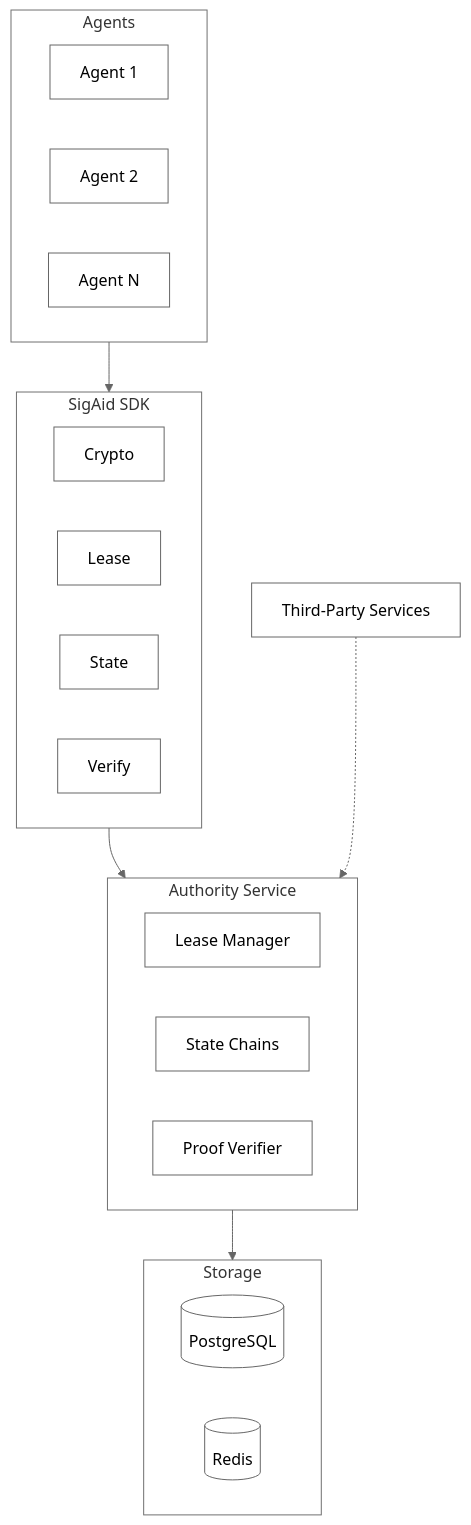
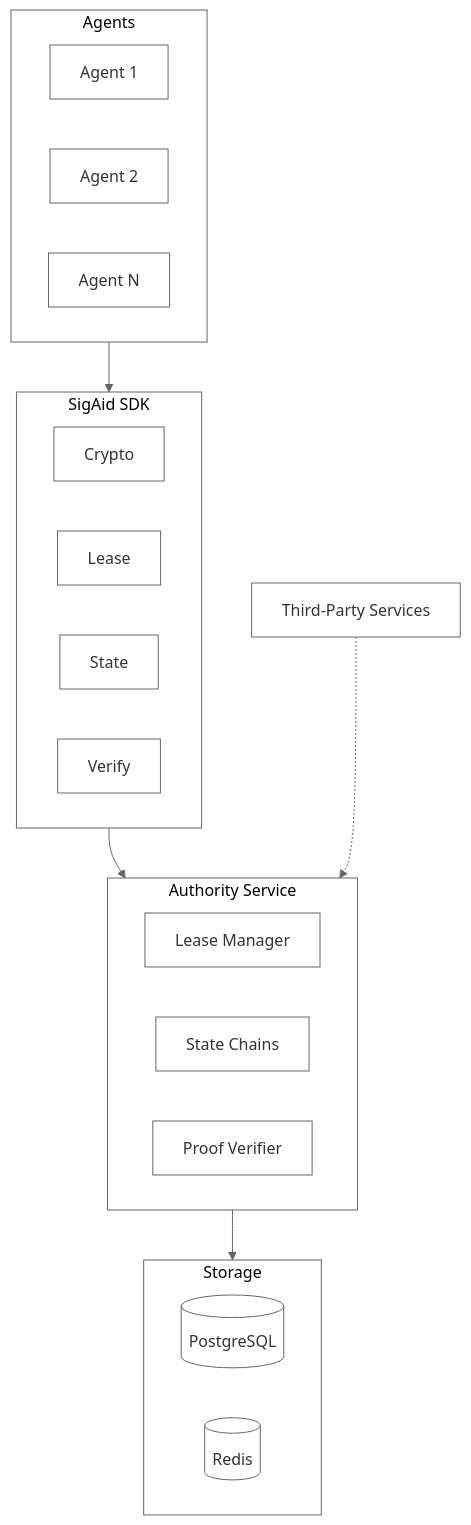
The second of 7 diagrams in README.md (trustorno/sigaid), drawn with Mermaid before and after one commit. The commit also changed other lines of this file, not shown here.

Commit message:
Consistent white background for all diagrams

````diff
--- a/README.md
+++ b/README.md
@@ -41,47 +31,33 @@
 ```mermaid
-%%{init: {'theme': 'neutral', 'themeVariables': { 'mainBkg': 'transparent', 'clusterBkg': 'transparent'}}}%%
+%%{init: {'theme': 'base', 'themeVariables': { 'primaryColor': '#fff', 'primaryBorderColor': '#666', 'lineColor': '#666', 'primaryTextColor': '#333', 'clusterBkg': '#fff', 'clusterBorder': '#666'}}}%%
 graph TB
     subgraph Agents
         A1[Agent 1]
         A2[Agent 2]
         A3[Agent N]
     end
 
     subgraph SDK[SigAid SDK]
         C[Crypto]
         L[Lease]
         S[State]
         V[Verify]
     end
 
     subgraph Authority[Authority Service]
         LM[Lease Manager]
         SC[State Chains]
         PV[Proof Verifier]
     end
 
     subgraph Storage
         PG[(PostgreSQL)]
         RD[(Redis)]
     end
 
     Agents --> SDK
     SDK --> Authority
     Authority --> Storage
 
     Services[Third-Party Services] -.-> Authority
-
-    style A1 fill:none,stroke:#666
-    style A2 fill:none,stroke:#666
-    style A3 fill:none,stroke:#666
-    style C fill:none,stroke:#666
-    style L fill:none,stroke:#666
-    style S fill:none,stroke:#666
-    style V fill:none,stroke:#666
-    style LM fill:none,stroke:#666
-    style SC fill:none,stroke:#666
-    style PV fill:none,stroke:#666
-    style PG fill:none,stroke:#666
-    style RD fill:none,stroke:#666
-    style Services fill:none,stroke:#666
 ```
````
